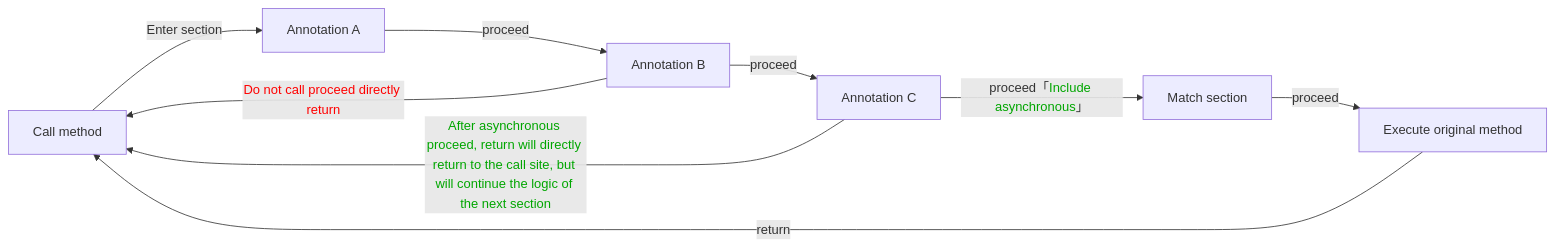
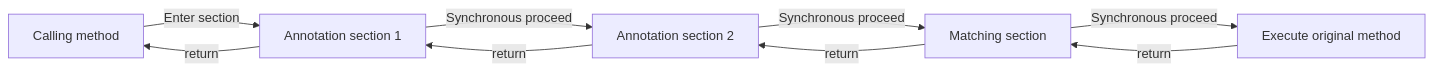
The first of 3 diagrams in docs/ProceedJoinPoint.md (FlyJingFish/AndroidAOP), drawn with Mermaid before and after one commit. The commit also changed other lines of this file and 1 other file, not shown here.

````diff
--- a/docs/ProceedJoinPoint.md
+++ b/docs/ProceedJoinPoint.md
@@ -24,11 +28,11 @@
 ``` mermaid
 graph LR
-X[Call method] --> |Enter section| A[Annotation A];
-A[Annotation A] --> |proceed| B[Annotation B];
-B --> |proceed| C[Annotation C];
-B --> |<span style='color:red'>Do not call proceed directly return</span>| X;
-C --> |<span style='color:#00A600'>After asynchronous proceed, return will directly return to the call site, but will continue the logic of the next section</span>| X;
-C --> |proceed「<span style='color:#00A600'>Include asynchronous</span>」| D[Match section];
-D --> |proceed| E[Execute original method];
-E --> |return| X;
+Call[Calling method] --> |Enter section| A[Annotation section 1];
+A --> |Synchronous proceed| B[Annotation section 2];
+B --> |Synchronous proceed| C[Matching section];
+C --> |Synchronous proceed| From[Execute original method];
+From --> |return| C;
+C --> |return| B;
+B --> |return| A;
+A --> |return| Call;
 ```
````
